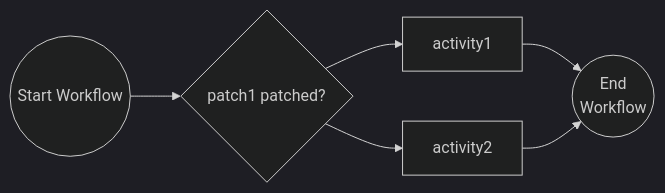
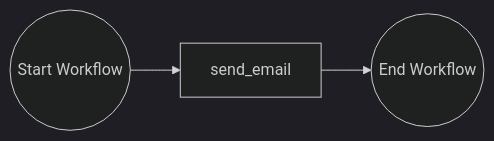
The first of 3 diagrams in tutorials/workflow/python/versioning/README.md (dapr/quickstarts), drawn with Mermaid (dark theme) before and after one commit. The commit also changed other lines of this file and 9 other files, not shown here.

````diff
--- a/tutorials/workflow/python/versioning/README.md
+++ b/tutorials/workflow/python/versioning/README.md
@@ -9,14 +11,7 @@
 ```mermaid
 graph LR
    SW((Start Workflow))
-   A1[activity1]
-   A2[activity2]
-   P1[patch1 patched?]@{shape: diamond}
-   EW((End
-   Workflow))
-   SW --> P1
-   P1 --> A1
-   P1 --> A2
-   A1 --> EW
-   A2 --> EW
+   SE[send_email]
+   EW((End Workflow))
+   SW --> SE --> EW
 ```
````
